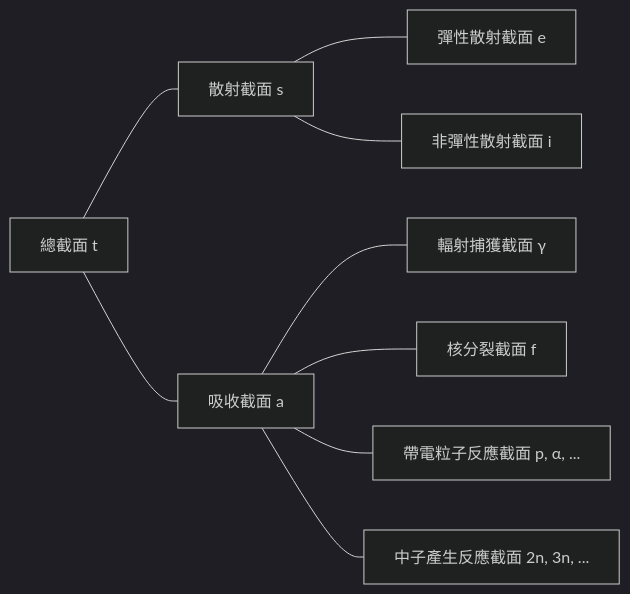
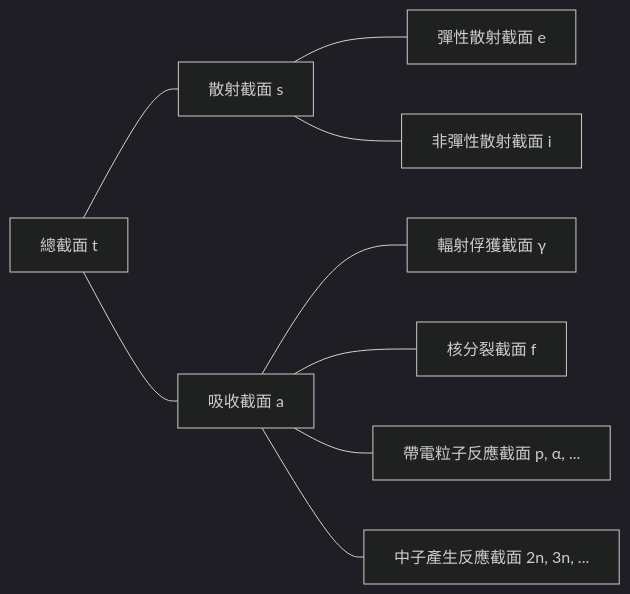
Before and after one commit to yunseo-kim/yunseo-kim.github.io: the diagram in _posts/zh-TW/2022-03-19-Neutron-Interactions-and-Cross-sections.md, drawn with Mermaid (dark theme). The commit also changed other lines of this file and 8 other files, not shown here.

````diff
--- a/_posts/zh-TW/2022-03-19-Neutron-Interactions-and-Cross-sections.md
+++ b/_posts/zh-TW/2022-03-19-Neutron-Interactions-and-Cross-sections.md
@@ -75,13 +44,13 @@
 ```mermaid
 flowchart LR
 	total["總截面 t"] --- s["散射截面 s"]
 	total --- a["吸收截面 a"]
 
 	s --- e["彈性散射截面 e"]
 	s --- i["非彈性散射截面 i"]
 
-	a --- gamma["輻射捕獲截面 γ"]
+	a --- gamma["輻射俘獲截面 γ"]
 	a --- f["核分裂截面 f"]
 	a --- p["帶電粒子反應截面 p, α, ..."]
 	a --- n["中子產生反應截面 2n, 3n, ..."]
 ```
````
